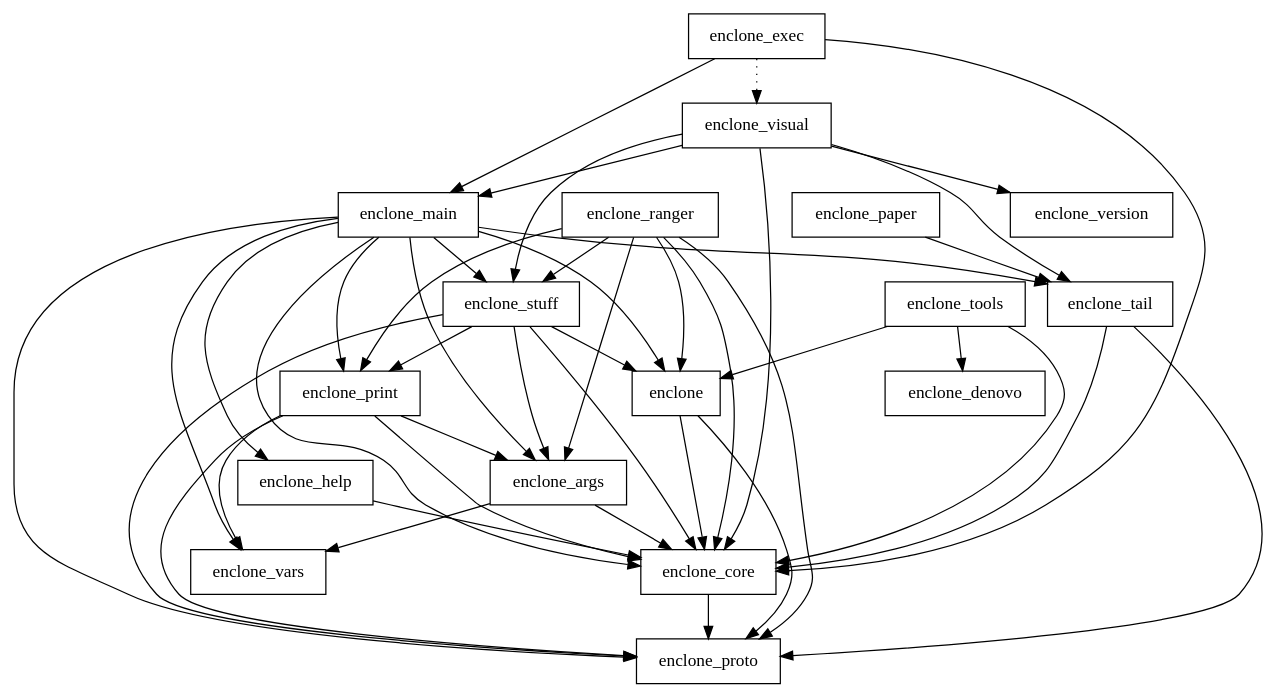
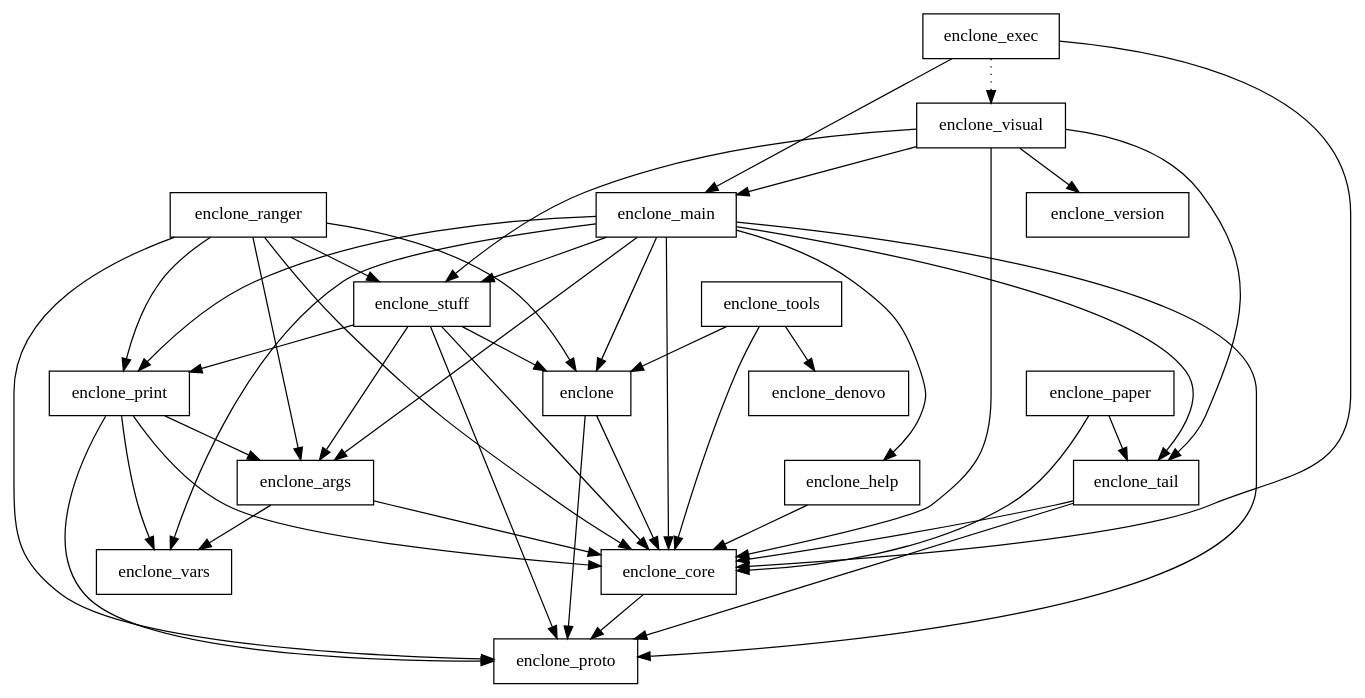
The diagram in crates.dot (10XGenomics/enclone), drawn with Graphviz before and after one commit. The commit also changed 33 other files, not shown here.

```diff
--- a/crates.dot
+++ b/crates.dot
@@ -1,63 +1,64 @@
 digraph {
     0 [ label = "enclone" shape = box]
     1 [ label = "enclone_core" shape = box]
     2 [ label = "enclone_proto" shape = box]
     3 [ label = "enclone_args" shape = box]
     4 [ label = "enclone_vars" shape = box]
     5 [ label = "enclone_denovo" shape = box]
     6 [ label = "enclone_exec" shape = box]
     7 [ label = "enclone_main" shape = box]
     8 [ label = "enclone_help" shape = box]
     9 [ label = "enclone_print" shape = box]
     10 [ label = "enclone_stuff" shape = box]
     11 [ label = "enclone_tail" shape = box]
     12 [ label = "enclone_visual" shape = box]
     13 [ label = "enclone_version" shape = box]
     14 [ label = "enclone_ranger" shape = box]
     15 [ label = "enclone_tools" shape = box]
     16 [ label = "enclone_paper" shape = box]
     0 -> 1 [ ]
     0 -> 2 [ ]
     1 -> 2 [ ]
     3 -> 1 [ ]
     3 -> 4 [ ]
     6 -> 1 [ ]
     6 -> 7 [ ]
     6 -> 12 [ style = dotted]
     7 -> 0 [ ]
     7 -> 3 [ ]
     7 -> 1 [ ]
     7 -> 8 [ ]
     7 -> 9 [ ]
     7 -> 2 [ ]
     7 -> 10 [ ]
     7 -> 11 [ ]
     7 -> 4 [ ]
     8 -> 1 [ ]
     9 -> 3 [ ]
     9 -> 1 [ ]
     9 -> 2 [ ]
     9 -> 4 [ ]
     10 -> 0 [ ]
     10 -> 3 [ ]
     10 -> 1 [ ]
     10 -> 9 [ ]
     10 -> 2 [ ]
     11 -> 1 [ ]
     11 -> 2 [ ]
     12 -> 1 [ ]
     12 -> 7 [ ]
     12 -> 10 [ ]
     12 -> 11 [ ]
     12 -> 13 [ ]
     14 -> 0 [ ]
     14 -> 3 [ ]
     14 -> 1 [ ]
     14 -> 9 [ ]
     14 -> 2 [ ]
     14 -> 10 [ ]
     15 -> 0 [ ]
     15 -> 1 [ ]
     15 -> 5 [ ]
+    16 -> 1 [ ]
     16 -> 11 [ ]
 }
```
